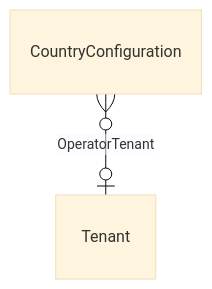
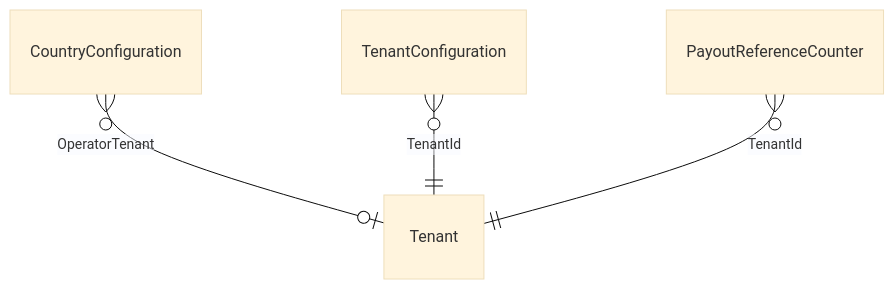
Before and after one commit to VM-s-Solutions/cleansia: the first of 6 diagrams in docs/domain/model.md, drawn with Mermaid (base theme). The commit also changed other lines of this file and 44 other files, not shown here.

````diff
--- a/docs/domain/model.md
+++ b/docs/domain/model.md
@@ -18,4 +18,6 @@
 ```mermaid
 erDiagram
   CountryConfiguration }o--o| Tenant : "OperatorTenant"
+  TenantConfiguration }o--|| Tenant : "TenantId"
+  PayoutReferenceCounter }o--|| Tenant : "TenantId"
 ```
````
